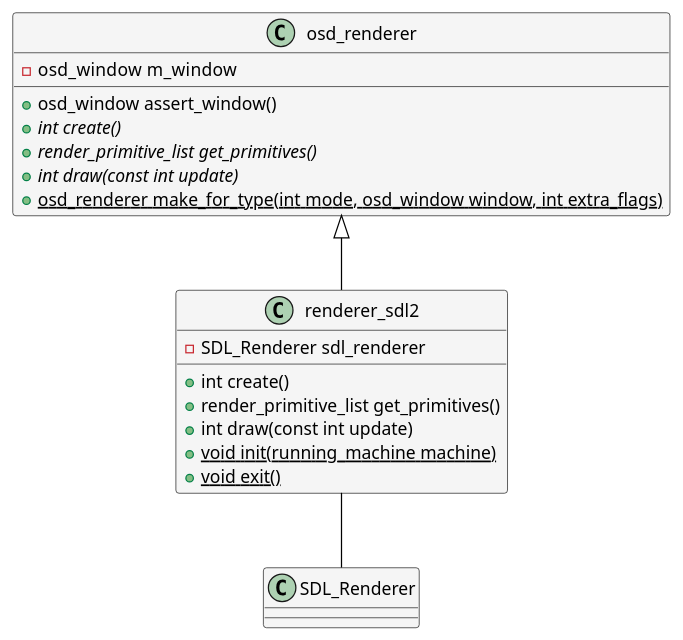
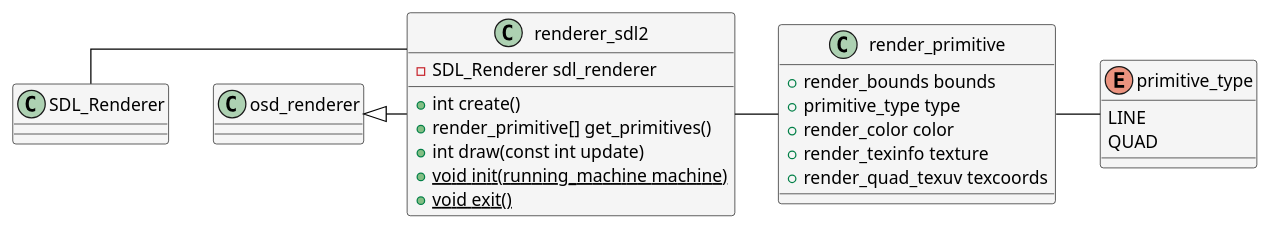
One commit to mikymaione/MAMEStreamingPlatform changed the diagram in Streaming/UML/class_rendering.puml. Above: the diagram before and after it, drawn with PlantUML. The commit also changed 4 other files, not shown here.

```diff
--- a/Streaming/UML/class_rendering.puml
+++ b/Streaming/UML/class_rendering.puml
@@ -1,32 +1,40 @@
 @startuml
 skinparam Shadowing false
 skinparam LineType ortho
 skinparam ArrowColor black
 
 skinparam class {
     BackgroundColor WhiteSmoke
     BorderColor black
 }
 
-class osd_renderer {
-	-osd_window  m_window
-	+osd_window assert_window()
-	{abstract} +int create()
-	{abstract} +render_primitive_list get_primitives()
-	{abstract} +int draw(const int update)
-	{static} +osd_renderer make_for_type(int mode, osd_window window, int extra_flags)
-}
-
-class renderer_sdl2 extends osd_renderer {
+class renderer_sdl2 {
 	-SDL_Renderer sdl_renderer
 	
 	+int create()
-	+render_primitive_list get_primitives()    
+	+render_primitive[] get_primitives()    
 	+int draw(const int update)
 	{static} +void init(running_machine machine)
 	{static} +void exit()
 }
 
-renderer_sdl2 -- SDL_Renderer
+enum primitive_type
+{
+	LINE
+	QUAD
+}
+
+class render_primitive {
+	+render_bounds bounds
+	+primitive_type type
+	+render_color color
+	+render_texinfo texture
+	+render_quad_texuv texcoords
+}
+
+renderer_sdl2 -l-|> osd_renderer
+renderer_sdl2 -r- render_primitive
+renderer_sdl2 -l- SDL_Renderer
+render_primitive -r- primitive_type
 
 @enduml
```
